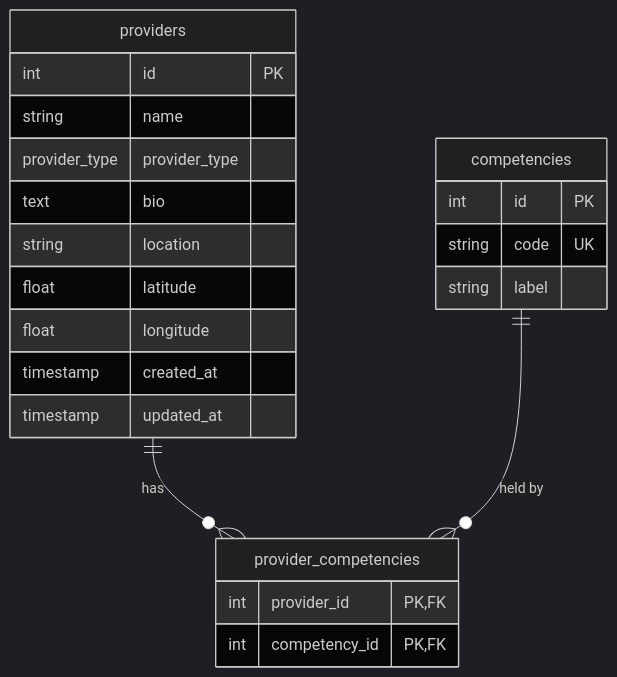
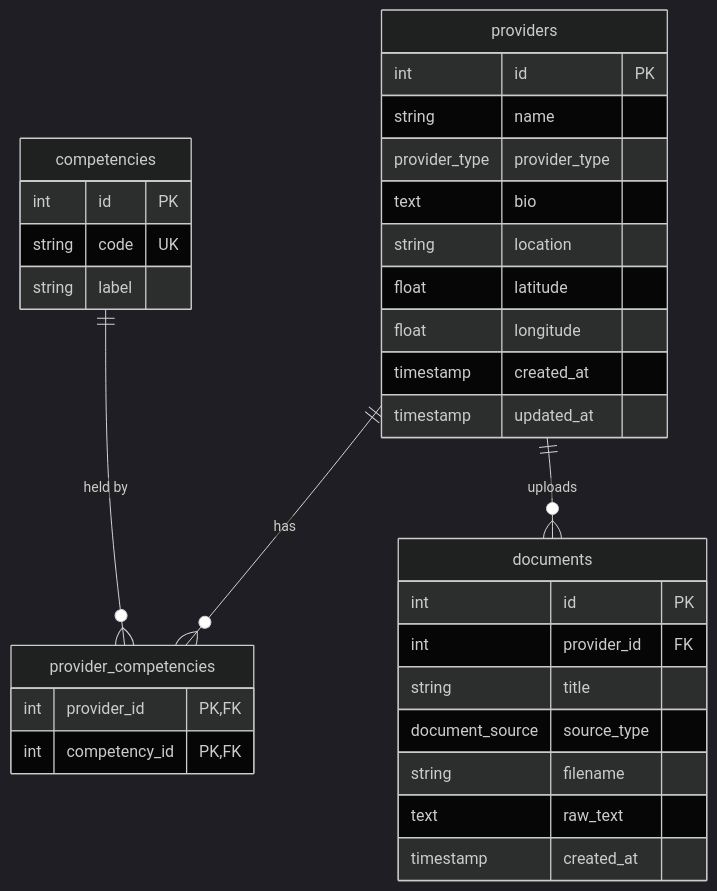
One commit to ernqiteng/Vouch changed the diagram in docs/databaseschema.md. Above: the diagram before and after it, drawn with Mermaid (dark theme). The commit also changed other lines of this file, not shown here.

Commit message:
docs: add documents table to database schema

````diff
--- a/docs/databaseschema.md
+++ b/docs/databaseschema.md
@@ -9,26 +9,36 @@
 ```mermaid
 erDiagram
     providers ||--o{ provider_competencies : has
     competencies ||--o{ provider_competencies : "held by"
+    providers ||--o{ documents : uploads
 
     providers {
         int id PK
         string name
         provider_type provider_type
         text bio
         string location
         float latitude
         float longitude
         timestamp created_at
         timestamp updated_at
     }
     competencies {
         int id PK
         string code UK
         string label
     }
     provider_competencies {
         int provider_id PK, FK
         int competency_id PK, FK
     }
+    documents {
+        int id PK
+        int provider_id FK
+        string title
+        document_source source_type
+        string filename
+        text raw_text
+        timestamp created_at
+    }
 ```
````
